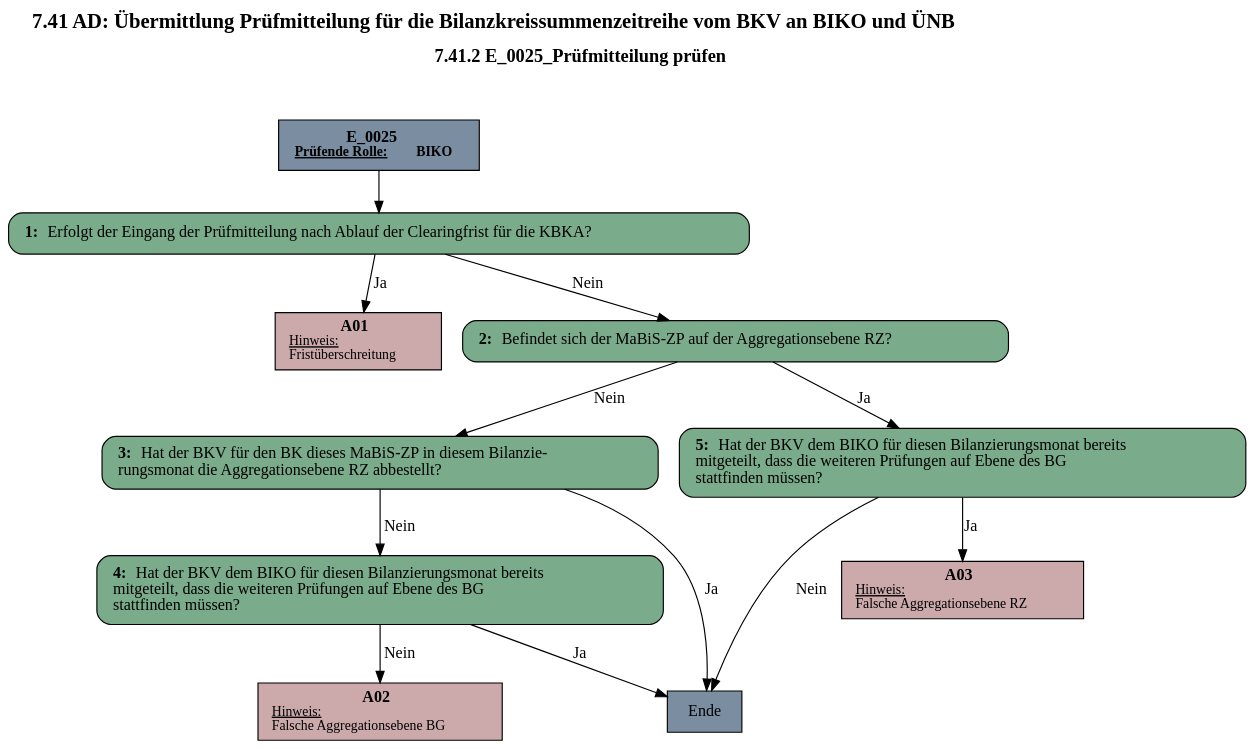
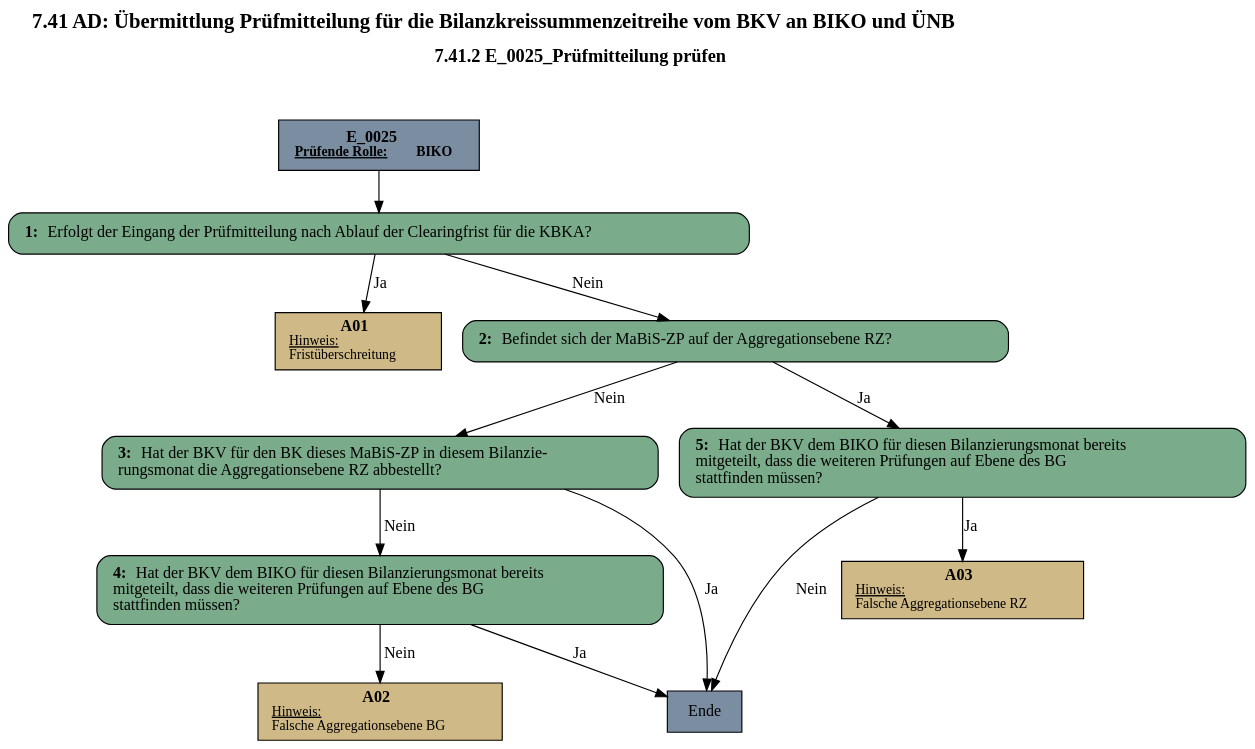
Before and after one commit to Hochfrequenz/rebdhuhn: the diagram in unittests/output/E_0025.dot, drawn with Graphviz. The commit also changed 13 other files, not shown here.

```diff
--- a/unittests/output/E_0025.dot
+++ b/unittests/output/E_0025.dot
@@ -1,28 +1,28 @@
 digraph D {
     labelloc="t";
     label=<<B><FONT POINT-SIZE="18">7.41 AD: Übermittlung Prüfmitteilung für die Bilanzkreissummenzeitreihe vom BKV an BIKO und ÜNB</FONT></B><BR/><BR/><B><FONT POINT-SIZE="16">7.41.2 E_0025_Prüfmitteilung prüfen</FONT></B><BR/><BR/><BR/><BR/>>;
     "Start" [margin="0.2,0.12", shape=box, style=filled, fillcolor="#7a8da1", label=<<B>E_0025</B><BR align="center"/><FONT point-size="12"><B><U>Prüfende Rolle:</U> BIKO</B></FONT><BR align="center"/>>];
     "1" [margin="0.2,0.12", shape=box, style="filled,rounded", fillcolor="#7aab8a", label=<<B>1: </B>Erfolgt der Eingang der Prüfmitteilung nach Ablauf der Clearingfrist für die KBKA?<BR align="left"/>>];
-    "A01" [margin="0.17,0.08", shape=box, style=filled, fillcolor="#cca9ab", label=<<B>A01</B><BR align="center"/><FONT point-size="12"><U>Hinweis:</U><BR align="left"/>Fristüberschreitung<BR align="left"/></FONT>>];
+    "A01" [margin="0.17,0.08", shape=box, style=filled, fillcolor="#cfb986", label=<<B>A01</B><BR align="center"/><FONT point-size="12"><U>Hinweis:</U><BR align="left"/>Fristüberschreitung<BR align="left"/></FONT>>];
     "2" [margin="0.2,0.12", shape=box, style="filled,rounded", fillcolor="#7aab8a", label=<<B>2: </B>Befindet sich der MaBiS-ZP auf der Aggregationsebene RZ?<BR align="left"/>>];
     "3" [margin="0.2,0.12", shape=box, style="filled,rounded", fillcolor="#7aab8a", label=<<B>3: </B>Hat der BKV für den BK dieses MaBiS-ZP in diesem Bilanzie-<BR align="left"/>rungsmonat die Aggregationsebene RZ abbestellt?<BR align="left"/>>];
     "Ende" [margin="0.2,0.12", shape=box, style=filled, fillcolor="#7a8da1", label="Ende"];
     "4" [margin="0.2,0.12", shape=box, style="filled,rounded", fillcolor="#7aab8a", label=<<B>4: </B>Hat der BKV dem BIKO für diesen Bilanzierungsmonat bereits<BR align="left"/>mitgeteilt, dass die weiteren Prüfungen auf Ebene des BG<BR align="left"/>stattfinden müssen?<BR align="left"/>>];
-    "A02" [margin="0.17,0.08", shape=box, style=filled, fillcolor="#cca9ab", label=<<B>A02</B><BR align="center"/><FONT point-size="12"><U>Hinweis:</U><BR align="left"/>Falsche Aggregationsebene BG<BR align="left"/></FONT>>];
+    "A02" [margin="0.17,0.08", shape=box, style=filled, fillcolor="#cfb986", label=<<B>A02</B><BR align="center"/><FONT point-size="12"><U>Hinweis:</U><BR align="left"/>Falsche Aggregationsebene BG<BR align="left"/></FONT>>];
     "5" [margin="0.2,0.12", shape=box, style="filled,rounded", fillcolor="#7aab8a", label=<<B>5: </B>Hat der BKV dem BIKO für diesen Bilanzierungsmonat bereits<BR align="left"/>mitgeteilt, dass die weiteren Prüfungen auf Ebene des BG<BR align="left"/>stattfinden müssen?<BR align="left"/>>];
-    "A03" [margin="0.17,0.08", shape=box, style=filled, fillcolor="#cca9ab", label=<<B>A03</B><BR align="center"/><FONT point-size="12"><U>Hinweis:</U><BR align="left"/>Falsche Aggregationsebene RZ<BR align="left"/></FONT>>];
+    "A03" [margin="0.17,0.08", shape=box, style=filled, fillcolor="#cfb986", label=<<B>A03</B><BR align="center"/><FONT point-size="12"><U>Hinweis:</U><BR align="left"/>Falsche Aggregationsebene RZ<BR align="left"/></FONT>>];
 
     "Start" -> "1";
     "1" -> "A01" [label="Ja"];
     "1" -> "2" [label="Nein"];
     "2" -> "3" [label="Nein"];
     "2" -> "5" [label="Ja"];
     "3" -> "4" [label="Nein"];
     "3" -> "Ende" [label="Ja"];
     "4" -> "A02" [label="Nein"];
     "4" -> "Ende" [label="Ja"];
     "5" -> "A03" [label="Ja"];
     "5" -> "Ende" [label="Nein"];
 
     bgcolor="transparent";
 }
```
